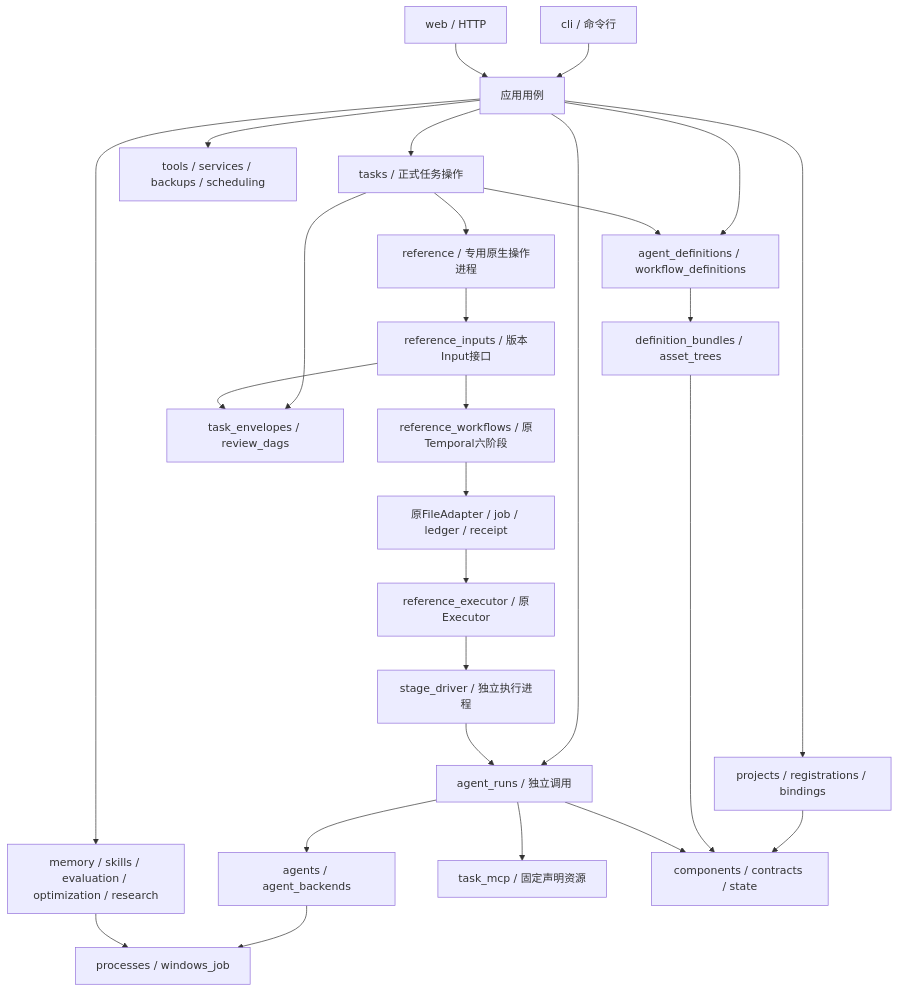
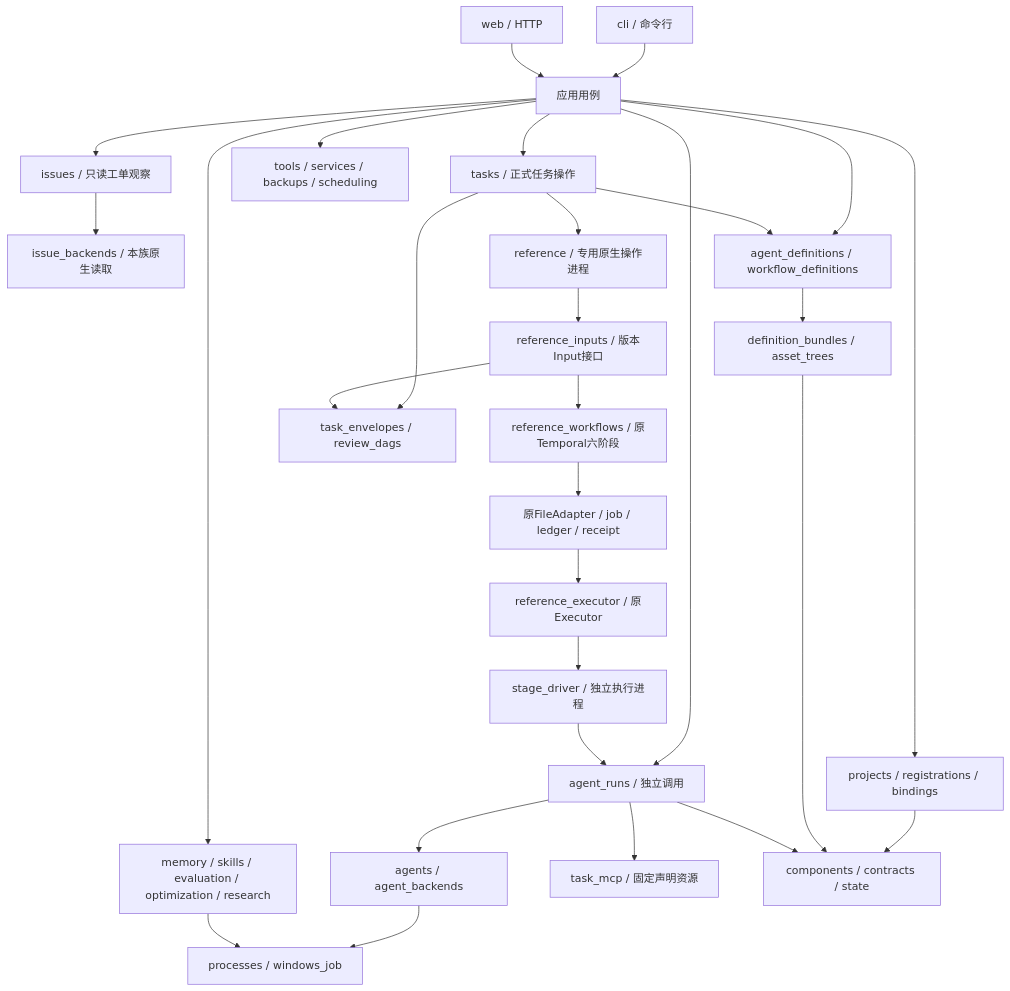
The first of 5 diagrams in docs/architecture/current.md (626619403/Ergora), drawn with Mermaid before and after one commit. The commit also changed other lines of this file and 27 other files, not shown here.

````diff
--- a/docs/architecture/current.md
+++ b/docs/architecture/current.md
@@ -11,29 +11,31 @@
 ```mermaid
 flowchart TB
   CLI[cli / 命令行] --> Uses[应用用例]
   HTTP[web / HTTP] --> Uses
   Uses --> Project[projects / registrations / bindings]
   Uses --> Tasks[tasks / 正式任务操作]
+  Uses --> Issues[issues / 只读工单观察]
+  Issues --> IssueBackends[issue_backends / 本族原生读取]
   Uses --> Library[agent_definitions / workflow_definitions]
   Uses --> Runs[agent_runs / 独立调用]
   Uses --> Evolution[memory / skills / evaluation / optimization / research]
   Uses --> Ops[tools / services / backups / scheduling]
   Library --> Bundles[definition_bundles / asset_trees]
   Tasks --> Library
   Tasks --> Reference[reference / 专用原生操作进程]
   Reference --> Input[reference_inputs / 版本Input接口]
   Input --> Flow[reference_workflows / 原Temporal六阶段]
   Flow --> Files[原FileAdapter / job / ledger / receipt]
   Files --> Executor[reference_executor / 原Executor]
   Executor --> Driver[stage_driver / 独立执行进程]
   Driver --> Runs
   Runs --> Agents[agents / agent_backends]
   Runs --> MCP[task_mcp / 固定声明资源]
   Agents --> Processes[processes / windows_job]
   Evolution --> Processes
   Project --> Base[components / contracts / state]
   Bundles --> Base
   Runs --> Base
   Tasks --> Envelope[task_envelopes / review_dags]
   Input --> Envelope
 ```
````
